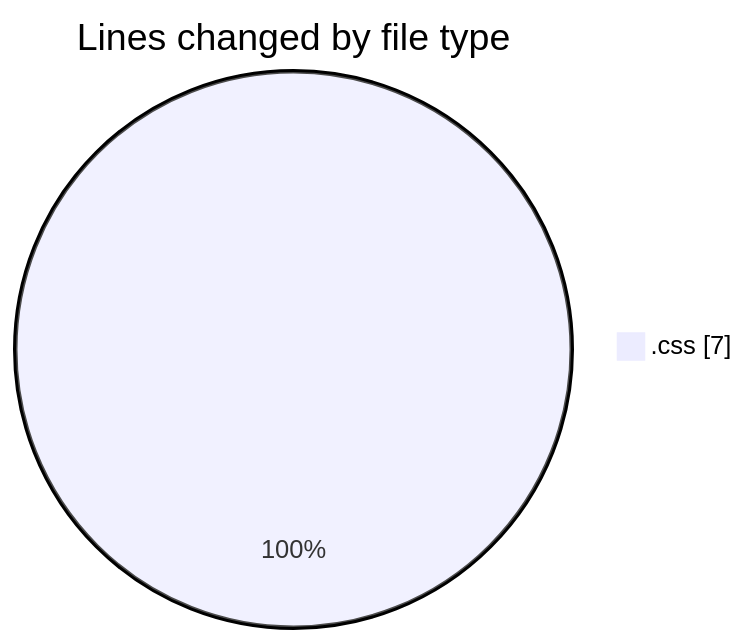
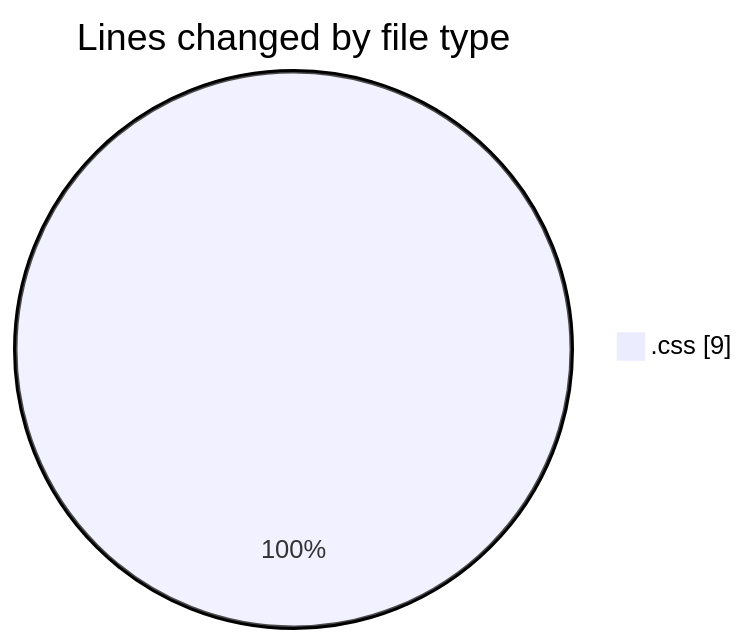
One commit to NitaiMahat/code-tracking changed the first of 2 diagrams in 2025-02-05/recipe-page-main/README.md. Above: the diagram before and after it, drawn with Mermaid. The commit also changed other lines of this file and 1 other file, not shown here.

````diff
--- a/2025-02-05/recipe-page-main/README.md
+++ b/2025-02-05/recipe-page-main/README.md
@@ -20,5 +20,5 @@
 ```mermaid
 pie showData
 title Lines changed by file type
-".css" : 7
+".css" : 9
 ```
````
